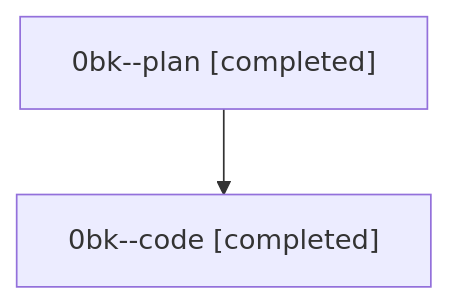
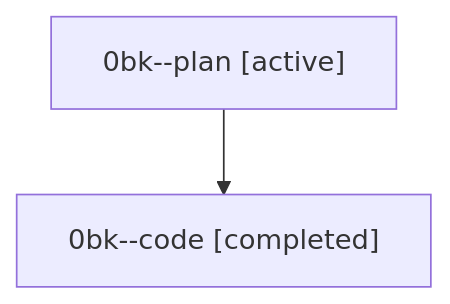
The diagram in families/bbugyi200.athena.0bk.md (sase-org/sase--agents), drawn with Mermaid before and after one commit. The commit also changed other lines of this file and 35830 other files, not shown here.

````diff
--- a/families/bbugyi200.athena.0bk.md
+++ b/families/bbugyi200.athena.0bk.md
@@ -9,6 +9,6 @@
 ```mermaid
 flowchart TD
-  n0["0bk--plan [completed]"]
+  n0["0bk--plan [active]"]
   n1["0bk--code [completed]"]
   n0 --> n1
 ```
````
